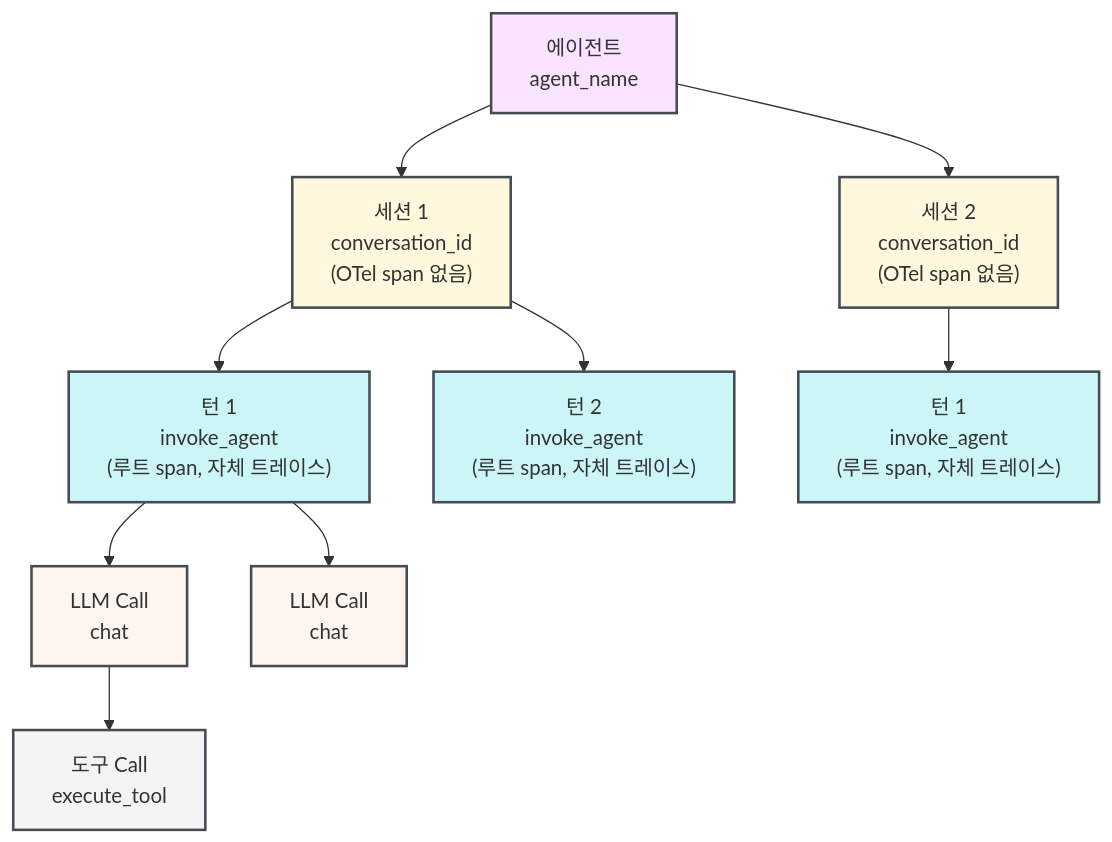
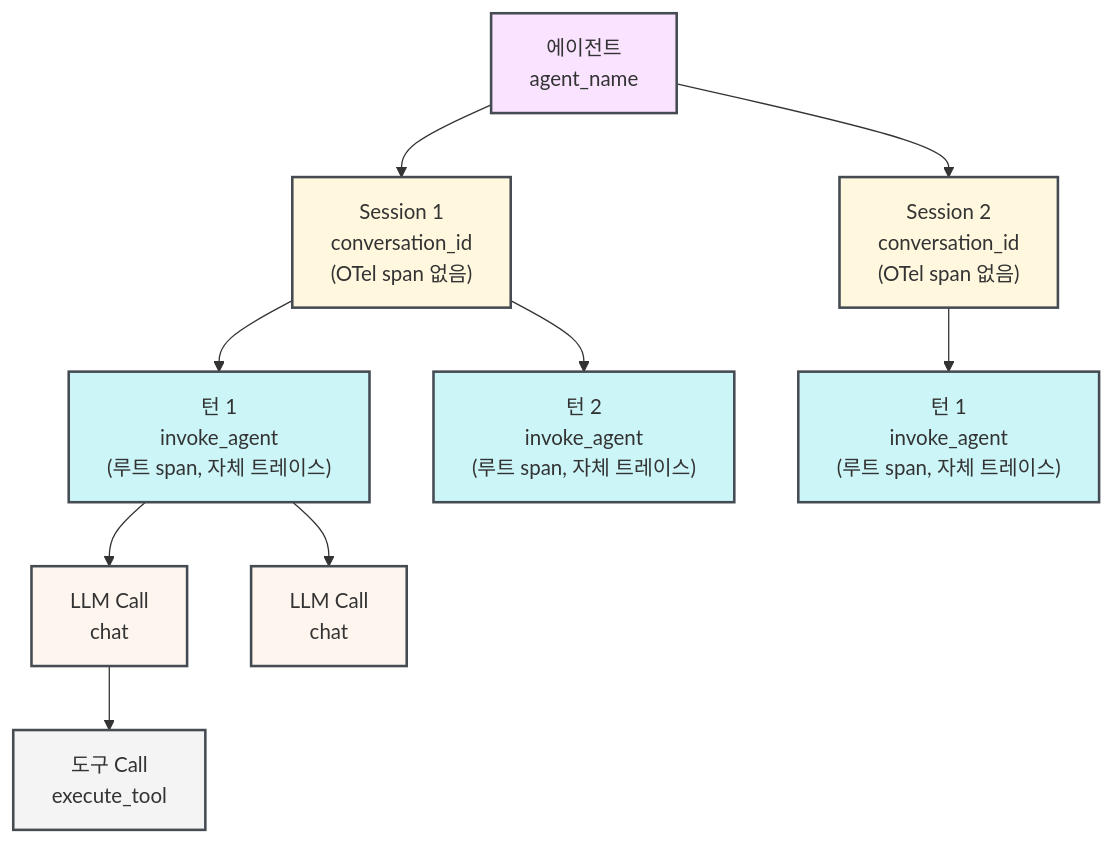
The diagram in ko/weave/guides/tracking/trace-agents.mdx (wandb/docs), drawn with Mermaid before and after one commit. The commit also changed other lines of this file and 301 other files, not shown here.

````diff
--- a/ko/weave/guides/tracking/trace-agents.mdx
+++ b/ko/weave/guides/tracking/trace-agents.mdx
@@ -77,34 +77,34 @@
 ```mermaid
 flowchart TB
     Agent["에이전트<br/>agent_name"]
 
     Agent --> S1 & S2
 
-    S1["세션 1<br/>conversation_id<br/>(OTel span 없음)"]
-    S2["세션 2<br/>conversation_id<br/>(OTel span 없음)"]
+    S1["Session 1<br/>conversation_id<br/>(OTel span 없음)"]
+    S2["Session 2<br/>conversation_id<br/>(OTel span 없음)"]
 
     S1 --> T1 & T2
     S2 --> T3
 
     T1["턴 1<br/>invoke_agent<br/>(루트 span, 자체 트레이스)"]
     T2["턴 2<br/>invoke_agent<br/>(루트 span, 자체 트레이스)"]
     T3["턴 1<br/>invoke_agent<br/>(루트 span, 자체 트레이스)"]
 
     T1 --> L1 & L2
     L1["LLM Call<br/>chat"]
     L2["LLM Call<br/>chat"]
 
     L1 --> Tool1["도구 Call<br/>execute_tool"]
 
     classDef agent fill:#DE72FF33,stroke:#454B52,stroke-width:2px
     classDef session fill:#FFD95C33,stroke:#454B52,stroke-width:2px
     classDef turn fill:#00CDDB33,stroke:#454B52,stroke-width:2px
     classDef llm fill:#FFCBAD33,stroke:#454B52,stroke-width:2px
     classDef tool fill:#f4f4f5,stroke:#454B52,stroke-width:2px
 
     class Agent agent
     class S1,S2 session
     class T1,T2,T3 turn
     class L1,L2 llm
     class Tool1 tool
 ```
````
